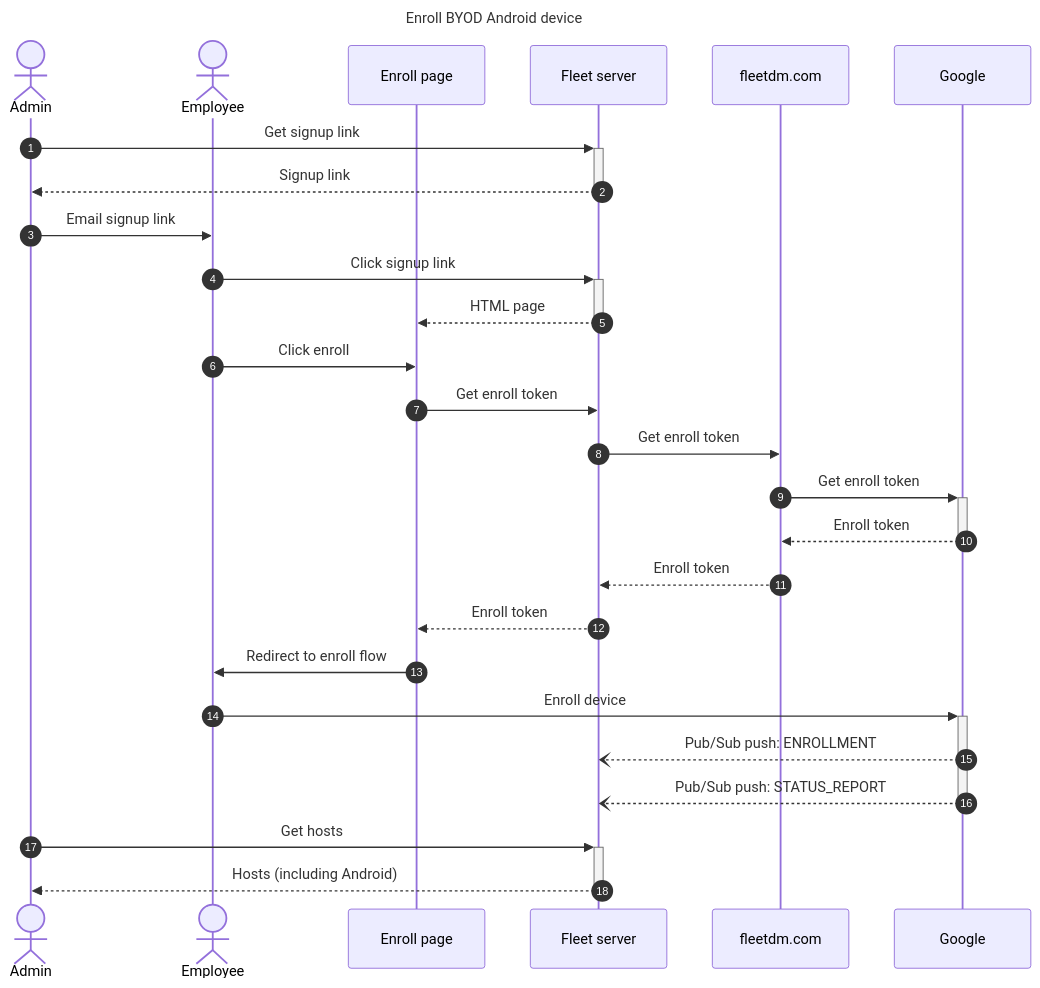
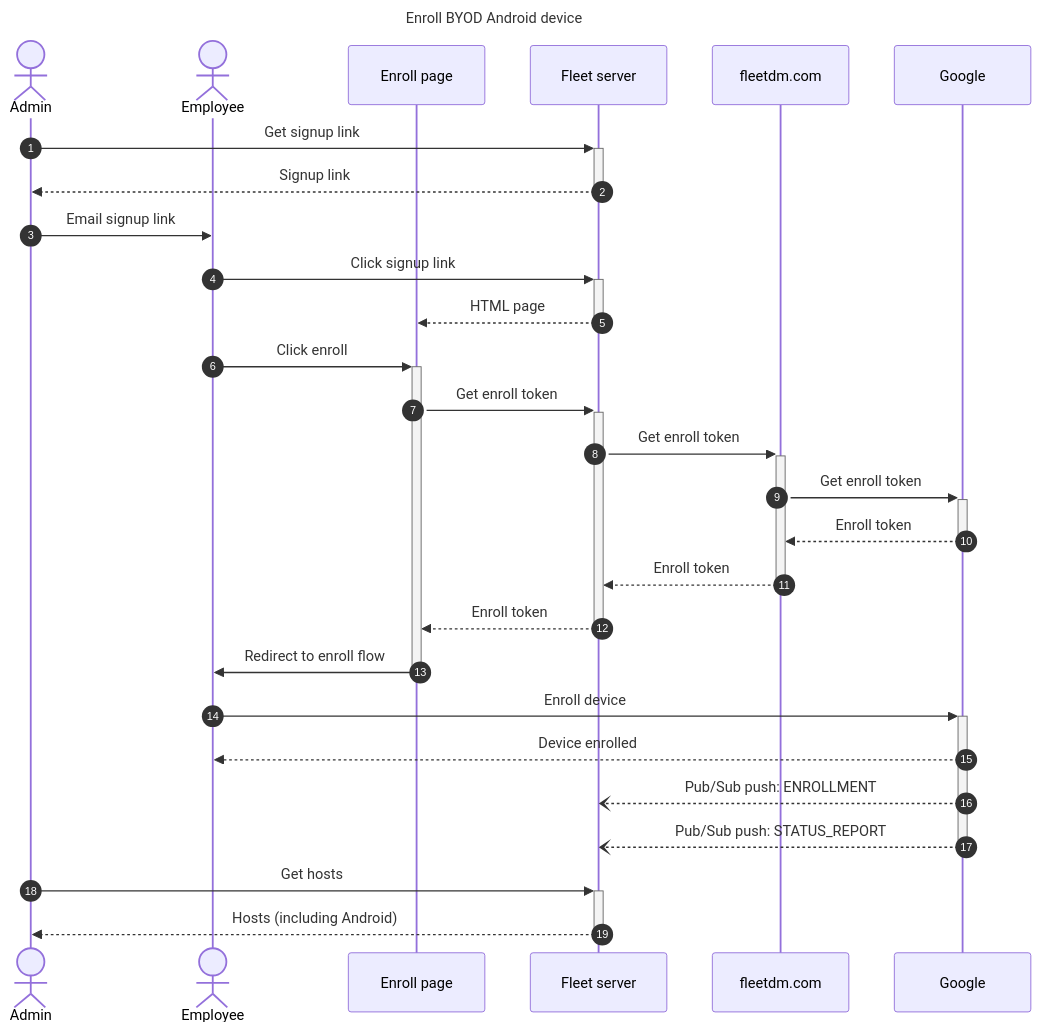
Before and after one commit to fleetdm/fleet: the second of 2 diagrams in docs/Contributing/MDM-Android.md, drawn with Mermaid. The commit also changed other lines of this file, not shown here.

Commit message:
More activations and details in sequence diagrams.

````diff
--- a/docs/Contributing/MDM-Android.md
+++ b/docs/Contributing/MDM-Android.md
@@ -59,35 +59,36 @@
 ```mermaid
 ---
 title: Enroll BYOD Android device
 ---
 sequenceDiagram
     autonumber
     actor Admin
     actor Employee
     participant Enroll page
     participant Fleet server
     participant fleetdm.com
     participant Google
 
     Admin->>+Fleet server: Get signup link
     Fleet server-->>-Admin: Signup link
 
     Admin->>Employee: Email signup link
     Employee->>+Fleet server: Click signup link
     Fleet server-->>-Enroll page: HTML page
-    Employee->>Enroll page: Click enroll
-    Enroll page->>Fleet server: Get enroll token
-    Fleet server->>fleetdm.com: Get enroll token
+    Employee->>+Enroll page: Click enroll
+    Enroll page->>+Fleet server: Get enroll token
+    Fleet server->>+fleetdm.com: Get enroll token
     fleetdm.com->>+Google: Get enroll token
     Google-->>-fleetdm.com: Enroll token
-    fleetdm.com-->>Fleet server: Enroll token
-    Fleet server-->>Enroll page: Enroll token
-    Enroll page->>Employee: Redirect to enroll flow
+    fleetdm.com-->>-Fleet server: Enroll token
+    Fleet server-->>-Enroll page: Enroll token
+    Enroll page->>-Employee: Redirect to enroll flow
 
     Employee->>+Google: Enroll device
+    Google-->>Employee: Device enrolled
     Google--)Fleet server: Pub/Sub push: ENROLLMENT
     Google--)-Fleet server: Pub/Sub push: STATUS_REPORT
 
     Admin->>+Fleet server: Get hosts
     Fleet server-->>-Admin: Hosts (including Android)
 ```
````
